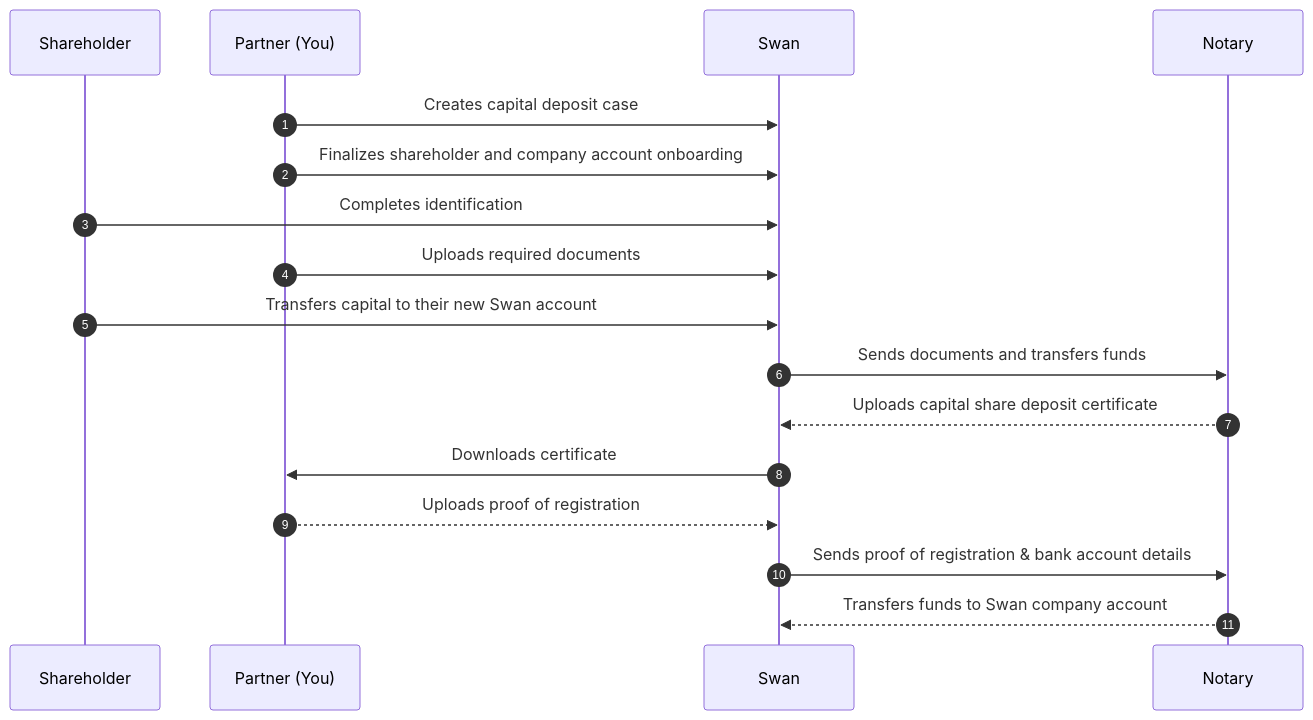
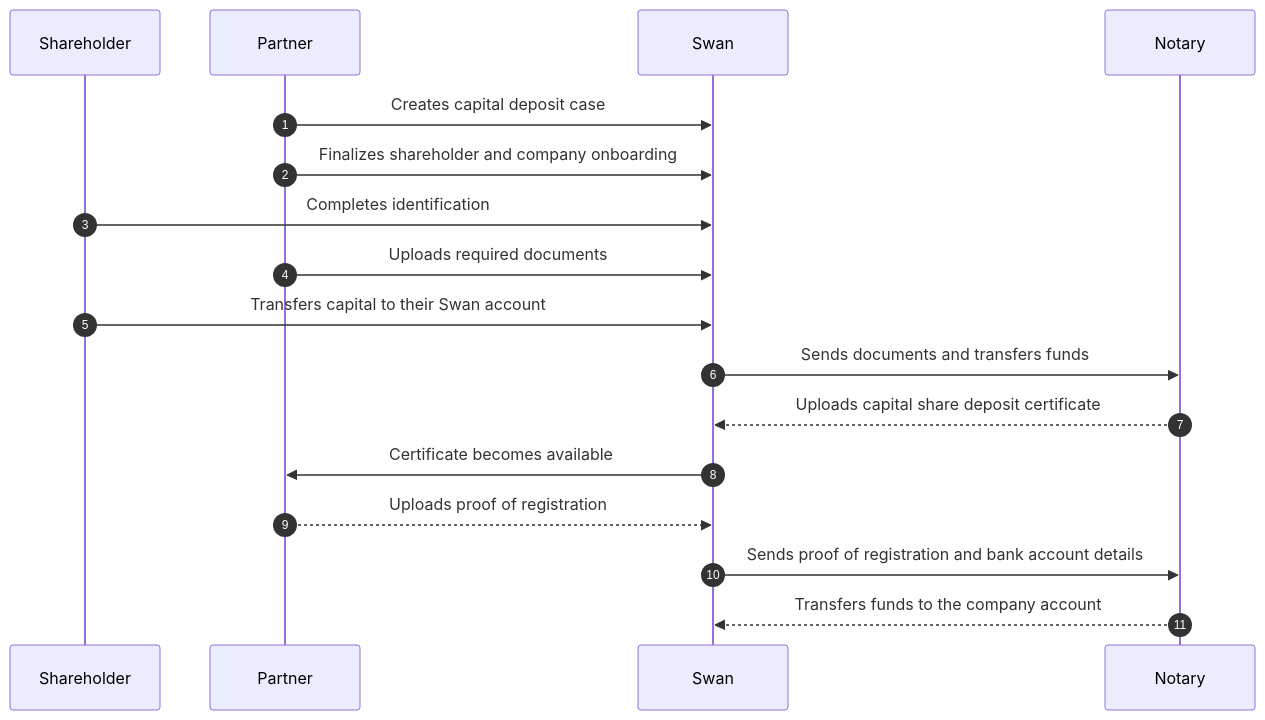
The fourth of 4 diagrams in docs/topics/capital-deposits/index.mdx (swan-io/docs), drawn with Mermaid before and after one commit. The commit also changed other lines of this file and 11 other files, not shown here.

First line of the commit message:
DOC 1981: Capital deposit new dashboard guide edits and IA (#713)

````diff
--- a/docs/topics/capital-deposits/index.mdx
+++ b/docs/topics/capital-deposits/index.mdx
@@ -226,19 +255,20 @@
 ```mermaid
 sequenceDiagram
-autonumber
-participant SH as Shareholder
-participant P as Partner (You)
-participant S as Swan
-participant N as Notary
+    autonumber
+    participant SH as Shareholder
+    participant P as Partner
+    participant S as Swan
+    participant N as Notary
+
     P->>S: Creates capital deposit case
-    P->>S: Finalizes shareholder and company account onboarding
+    P->>S: Finalizes shareholder and company onboarding
     SH->>S: Completes identification
     P->>S: Uploads required documents
-    SH->>S: Transfers capital to their new Swan account
-    S ->> N: Sends documents and transfers funds
-    N -->> S: Uploads capital share deposit certificate
-    S ->> P: Downloads certificate
-    P -->> S: Uploads proof of registration
-    S ->> N: Sends proof of registration & bank account details
-    N -->> S: Transfers funds to Swan company account
+    SH->>S: Transfers capital to their Swan account
+    S->>N: Sends documents and transfers funds
+    N-->>S: Uploads capital share deposit certificate
+    S->>P: Certificate becomes available
+    P-->>S: Uploads proof of registration
+    S->>N: Sends proof of registration and bank account details
+    N-->>S: Transfers funds to the company account
 ```
````
